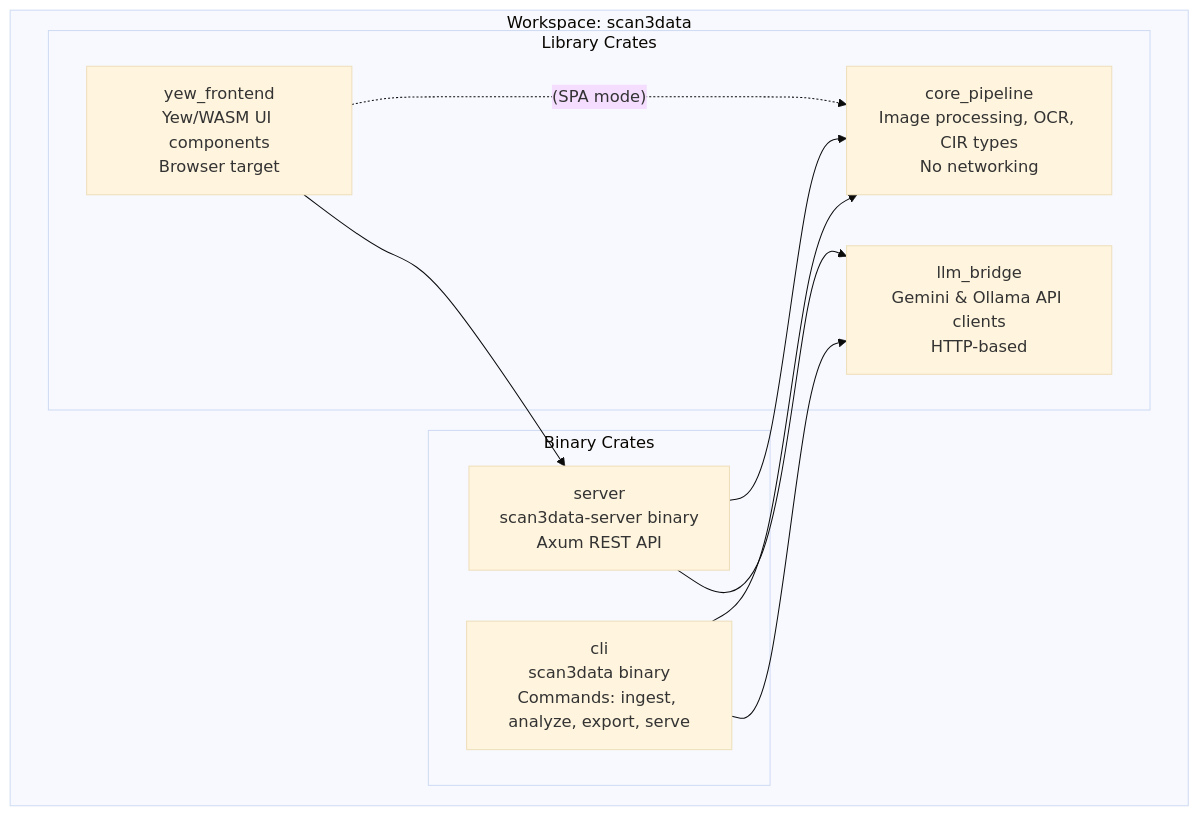
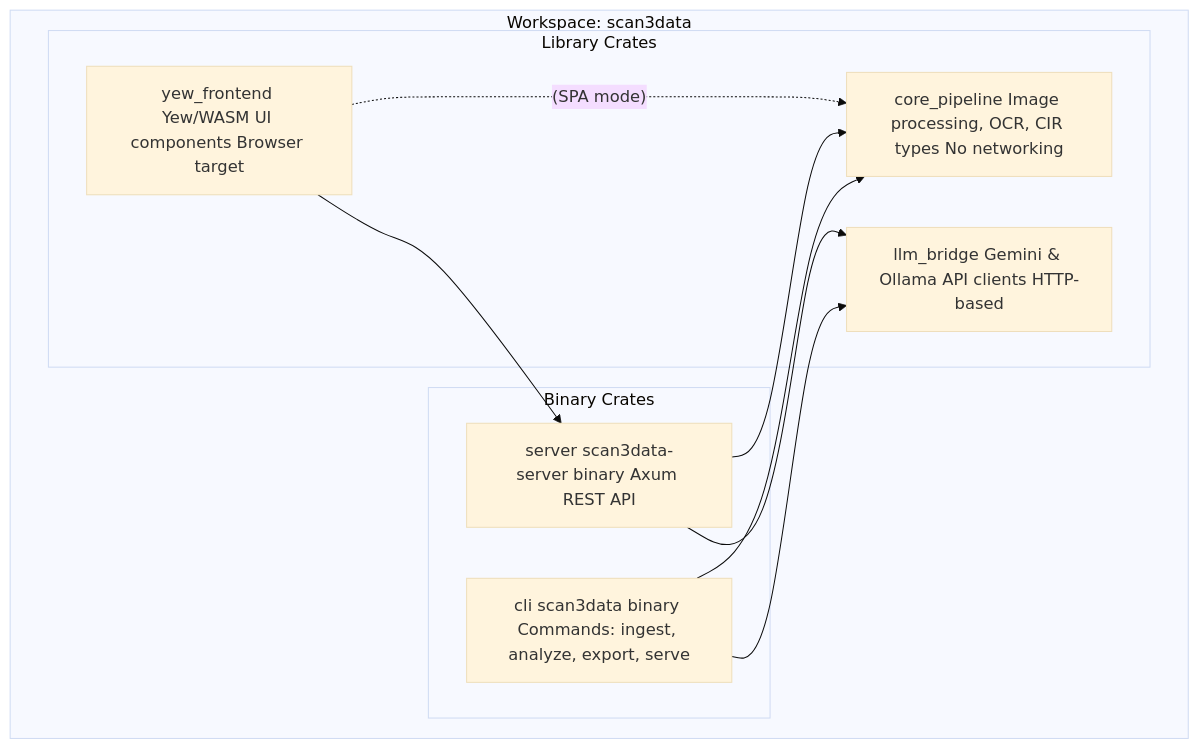
One commit to softwarewrighter/scan3data changed the first of 11 diagrams in wiki/Architecture.md. Above: the diagram before and after it, drawn with Mermaid (base theme). The commit also changed other lines of this file and 6 other files, not shown here.

First line of the commit message:
Fix wiki Mermaid diagrams: remove <br/> tags

````diff
--- a/wiki/Architecture.md
+++ b/wiki/Architecture.md
@@ -18,22 +18,22 @@
 ```mermaid
 graph TB
     subgraph "Workspace: scan3data"
         subgraph "Library Crates"
-            CORE[core_pipeline<br/>Image processing, OCR, CIR types<br/>No networking]
-            LLM[llm_bridge<br/>Gemini & Ollama API clients<br/>HTTP-based]
-            YEW[yew_frontend<br/>Yew/WASM UI components<br/>Browser target]
+            CORE[core_pipeline Image processing, OCR, CIR types No networking]
+            LLM[llm_bridge Gemini & Ollama API clients HTTP-based]
+            YEW[yew_frontend Yew/WASM UI components Browser target]
         end
 
         subgraph "Binary Crates"
-            CLI[cli<br/>scan3data binary<br/>Commands: ingest, analyze, export, serve]
-            SRV[server<br/>scan3data-server binary<br/>Axum REST API]
+            CLI[cli scan3data binary Commands: ingest, analyze, export, serve]
+            SRV[server scan3data-server binary Axum REST API]
         end
     end
 
     CLI --> CORE
     CLI --> LLM
     SRV --> CORE
     SRV --> LLM
     YEW --> SRV
     YEW -.->|"(SPA mode)"| CORE
 ```
````
